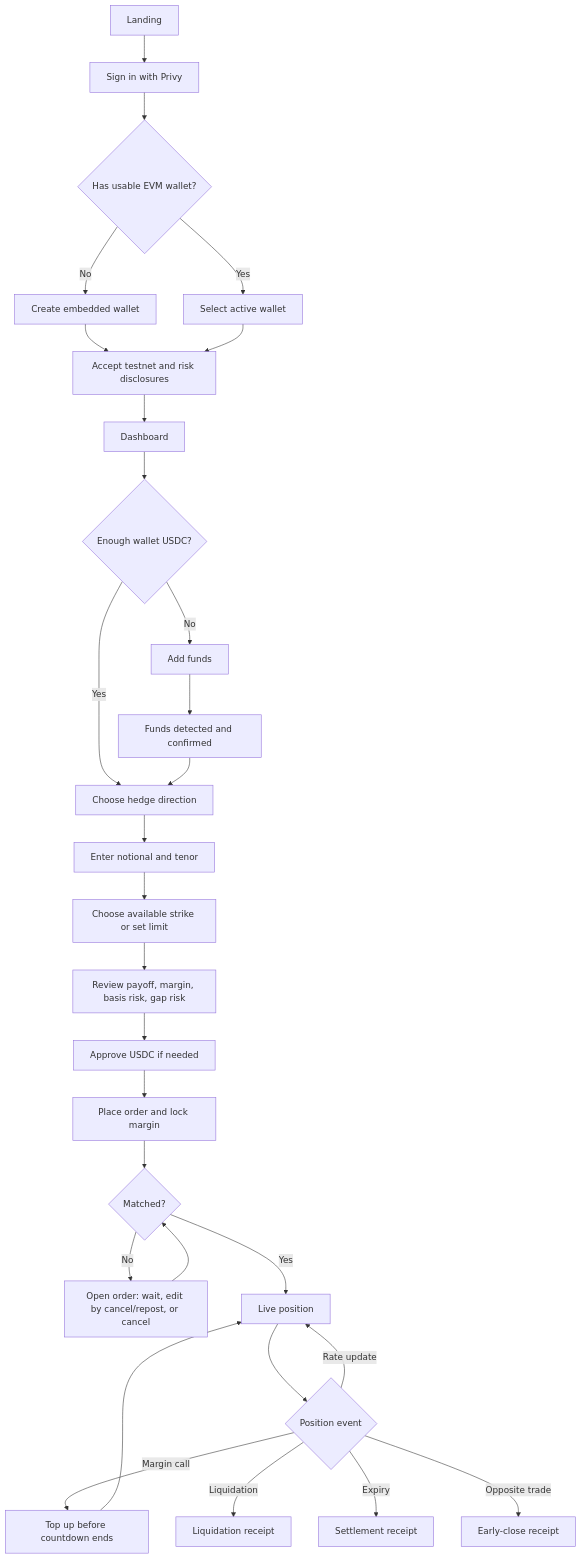
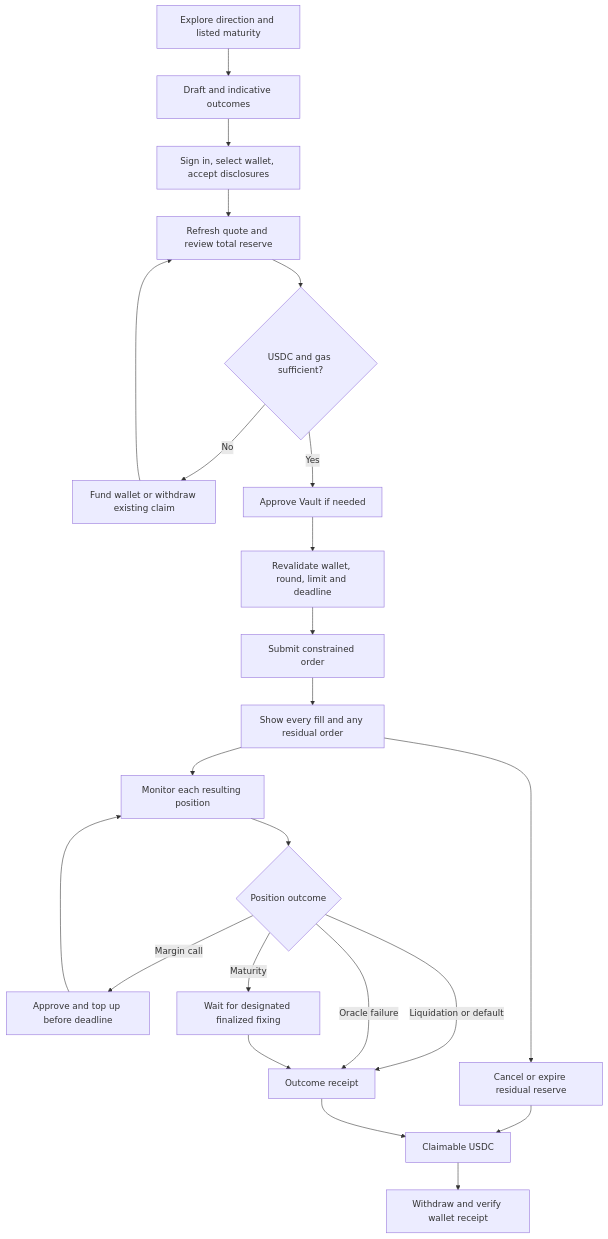
One commit to UbongIsrael/hedgemaker changed the diagram in docs/frontend-flow-and-schemas.md. Above: the diagram before and after it, drawn with Mermaid. The commit also changed other lines of this file and 6 other files, not shown here.

````diff
--- a/docs/frontend-flow-and-schemas.md
+++ b/docs/frontend-flow-and-schemas.md
@@ -105,31 +95,25 @@
 ```mermaid
 flowchart TD
-    A[Landing] --> B[Sign in with Privy]
-    B --> C{Has usable EVM wallet?}
-    C -- No --> D[Create embedded wallet]
-    C -- Yes --> E[Select active wallet]
-    D --> F[Accept testnet and risk disclosures]
-    E --> F
-    F --> G[Dashboard]
-    G --> H{Enough wallet USDC?}
-    H -- No --> I[Add funds]
-    I --> J[Funds detected and confirmed]
-    H -- Yes --> K[Choose hedge direction]
-    J --> K
-    K --> L[Enter notional and tenor]
-    L --> M[Choose available strike or set limit]
-    M --> N[Review payoff, margin, basis risk, gap risk]
-    N --> O[Approve USDC if needed]
-    O --> P[Place order and lock margin]
-    P --> Q{Matched?}
-    Q -- No --> R[Open order: wait, edit by cancel/repost, or cancel]
-    Q -- Yes --> S[Live position]
-    R --> Q
-    S --> T{Position event}
-    T -- Rate update --> S
-    T -- Margin call --> U[Top up before countdown ends]
-    U --> S
-    T -- Liquidation --> V[Liquidation receipt]
-    T -- Expiry --> W[Settlement receipt]
-    T -- Opposite trade --> X[Early-close receipt]
+    A[Explore direction and listed maturity] --> B[Draft and indicative outcomes]
+    B --> C[Sign in, select wallet, accept disclosures]
+    C --> D[Refresh quote and review total reserve]
+    D --> E{USDC and gas sufficient?}
+    E -- No --> F[Fund wallet or withdraw existing claim]
+    F --> D
+    E -- Yes --> G[Approve Vault if needed]
+    G --> H[Revalidate wallet, round, limit and deadline]
+    H --> I[Submit constrained order]
+    I --> J[Show every fill and any residual order]
+    J --> K[Monitor each resulting position]
+    J --> L[Cancel or expire residual reserve]
+    K --> M{Position outcome}
+    M -- Margin call --> N[Approve and top up before deadline]
+    N --> K
+    M -- Maturity --> O[Wait for designated finalized fixing]
+    M -- Liquidation or default --> P[Outcome receipt]
+    M -- Oracle failure --> P
+    O --> P
+    L --> Q[Claimable USDC]
+    P --> Q
+    Q --> R[Withdraw and verify wallet receipt]
 ```
````
